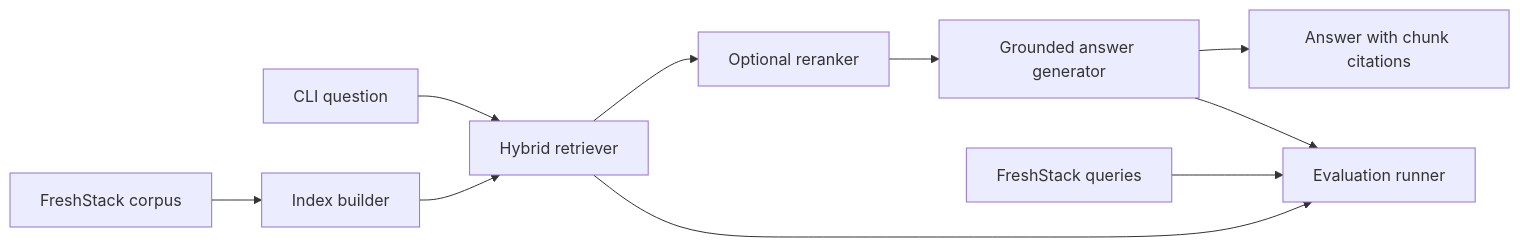
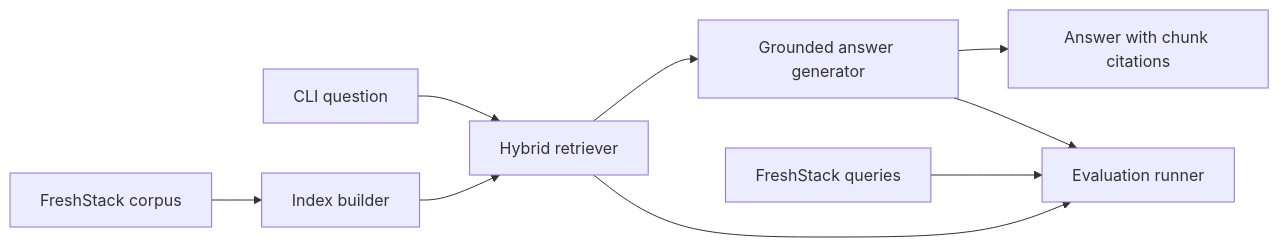
One commit to HdotYildiz/RAG-assistant-demo changed the diagram in README.md. Above: the diagram before and after it, drawn with Mermaid. The commit also changed other lines of this file and 9 other files, not shown here.

````diff
--- a/README.md
+++ b/README.md
@@ -10,12 +10,11 @@
 ```mermaid
 flowchart LR
 	A[CLI question] --> B[Hybrid retriever]
-	B --> C[Optional reranker]
-	C --> D[Grounded answer generator]
+	B --> D[Grounded answer generator]
 	D --> E[Answer with chunk citations]
 	F[FreshStack corpus] --> G[Index builder]
 	G --> B
 	H[FreshStack queries] --> I[Evaluation runner]
 	B --> I
 	D --> I
 ```
````
